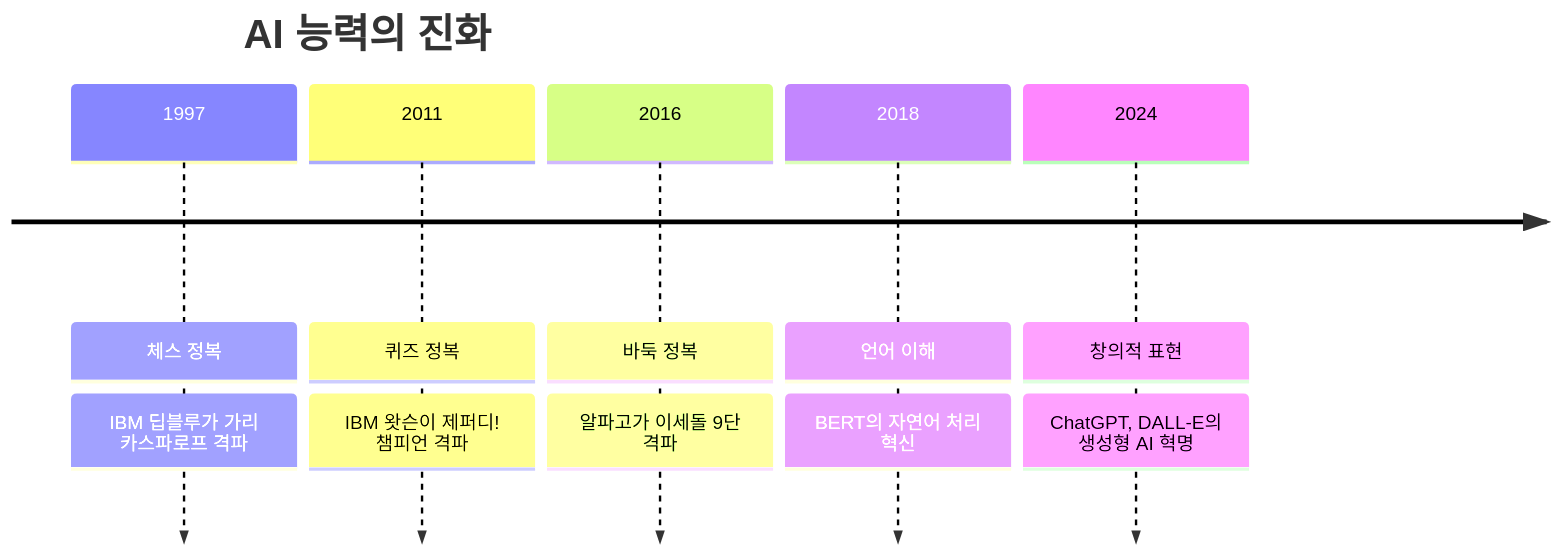
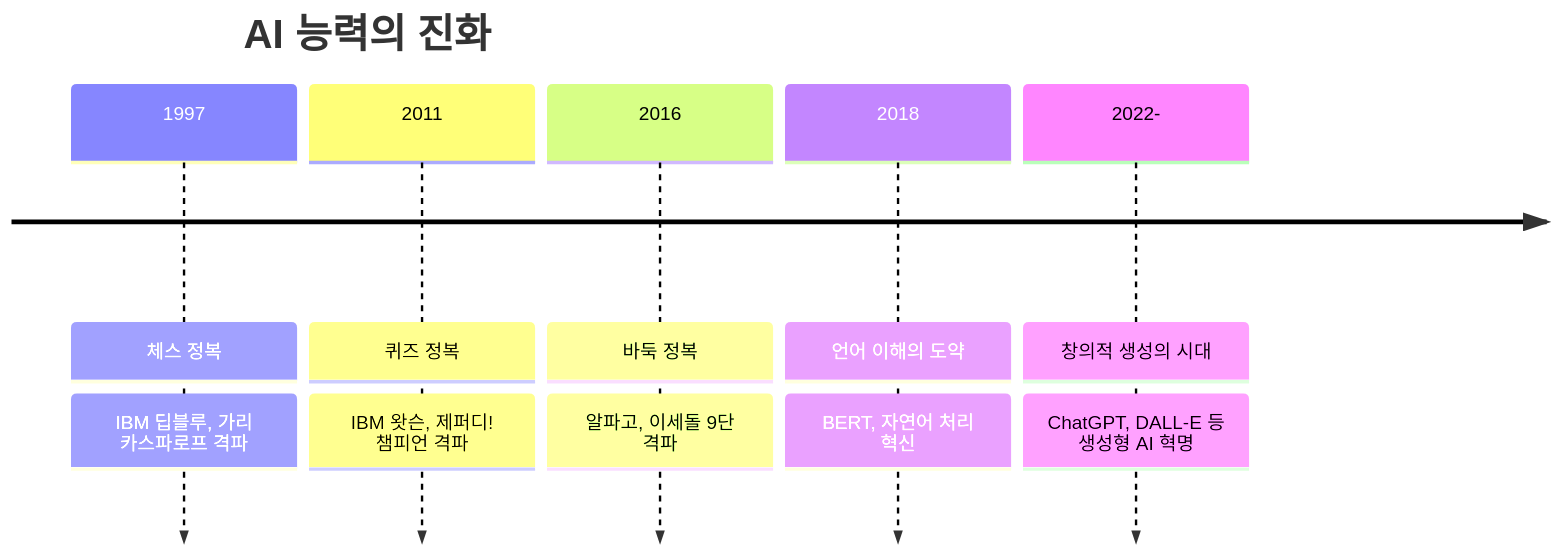
One commit to koraiablog/koraiablog.github.io changed the fifth of 6 diagrams in content/posts/ai-timeline.md. Above: the diagram before and after it, drawn with Mermaid. The commit also changed other lines of this file and 59 other files, not shown here.

````diff
--- a/content/posts/ai-timeline.md
+++ b/content/posts/ai-timeline.md
@@ -212,14 +197,14 @@
 ```mermaid
 timeline
     title AI 능력의 진화
     1997 : 체스 정복
-          : IBM 딥블루가 가리 카스파로프 격파
+           : IBM 딥블루, 가리 카스파로프 격파
     2011 : 퀴즈 정복
-          : IBM 왓슨이 제퍼디! 챔피언 격파
+           : IBM 왓슨, 제퍼디! 챔피언 격파
     2016 : 바둑 정복
-          : 알파고가 이세돌 9단 격파
-    2018 : 언어 이해
-          : BERT의 자연어 처리 혁신
-    2024 : 창의적 표현
-          : ChatGPT, DALL-E의 생성형 AI 혁명
+           : 알파고, 이세돌 9단 격파
+    2018 : 언어 이해의 도약
+           : BERT, 자연어 처리 혁신
+    2022- : 창의적 생성의 시대
+           : ChatGPT, DALL-E 등 생성형 AI 혁명
 ```
````
